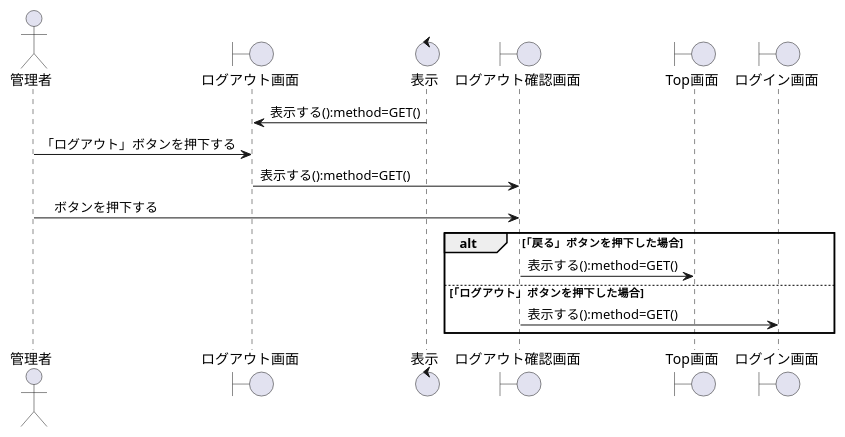
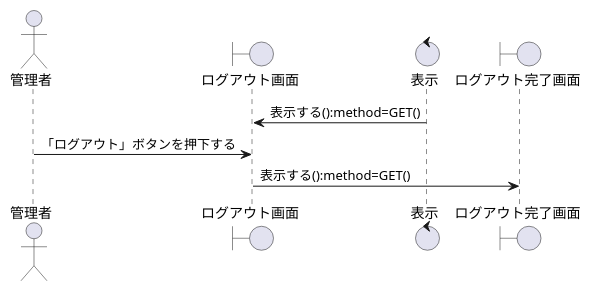
The diagram in お城/お城/設計書/シーケンス図/管理者/アカウント機能/シーケンス図_管理者がログアウトをする.pu (K-Rinrin/GroupE), drawn with PlantUML before and after one commit. The commit also changed 33 other files, not shown here.

```diff
--- a/お城/お城/設計書/シーケンス図/管理者/アカウント機能/シーケンス図_管理者がログアウトをする.pu
+++ b/お城/お城/設計書/シーケンス図/管理者/アカウント機能/シーケンス図_管理者がログアウトをする.pu
@@ -1,29 +1,21 @@
-@startuml 管理者がログアウトをする
+@startuml 運営がログアウトをする
 
 
 ' ========================================
 ' 登場モノの定義
 ' ========================================
-actor "管理者" as Admin
+actor "管理者" as User
 boundary "ログアウト画面" as b1
 control "表示" as c1
-boundary "ログアウト確認画面" as b2
-boundary "Top画面" as b3
-boundary "ログイン画面" as b4
+boundary "ログアウト完了画面" as b2
 
 
 ' ========================================
 ' シーケンスの流れ
 ' ========================================
 
 c1 -> b1 : 表示する():method=GET()
-Admin -> b1 :「ログアウト」ボタンを押下する
+User -> b1 :「ログアウト」ボタンを押下する
 b1 -> b2 : 表示する():method=GET()
-Admin -> b2 :　ボタンを押下する
-alt 「戻る」ボタンを押下した場合
-    b2 -> b3 : 表示する():method=GET()
-else 「ログアウト」ボタンを押下した場合
-    b2-> b4 : 表示する():method=GET()
-end
 
 @enduml
```
